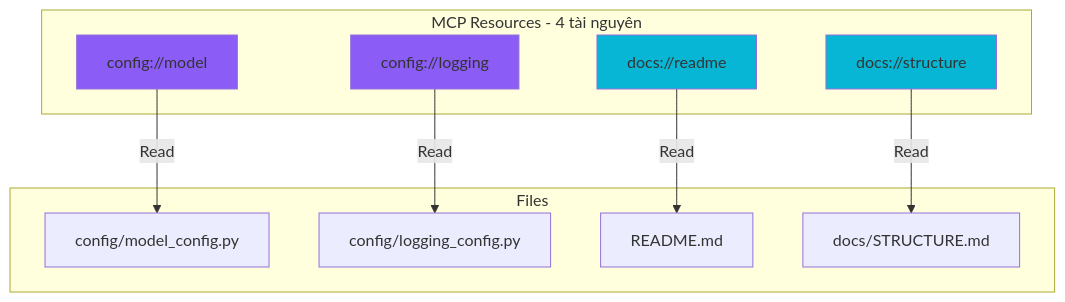
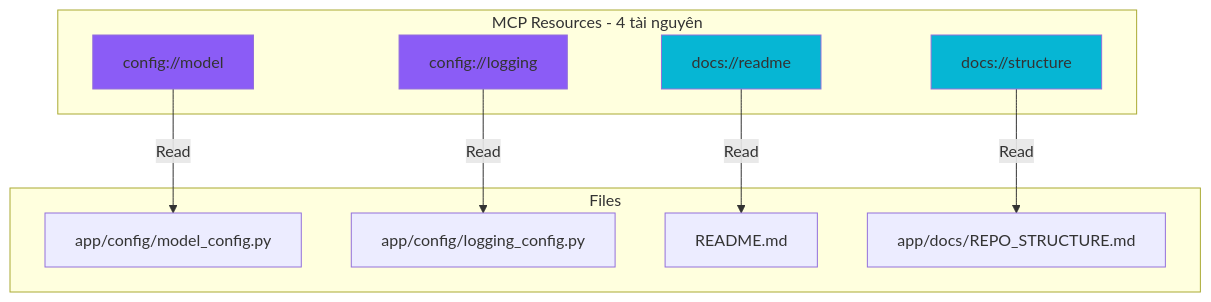
One commit to SkastVnT/AI-Assistant changed the fourth of 10 diagrams in services/mcp-server/docs/DIAGRAMS.md. Above: the diagram before and after it, drawn with Mermaid. The commit also changed 713 other files, not shown here.

````diff
--- a/services/mcp-server/docs/DIAGRAMS.md
+++ b/services/mcp-server/docs/DIAGRAMS.md
@@ -142,26 +142,26 @@
 ```mermaid
 graph TD
     subgraph "MCP Resources - 4 tài nguyên"
         R1[config://model]
         R2[config://logging]
         R3[docs://readme]
         R4[docs://structure]
     end
     
     subgraph "Files"
-        F1[config/model_config.py]
-        F2[config/logging_config.py]
+        F1[app/config/model_config.py]
+        F2[app/config/logging_config.py]
         F3[README.md]
-        F4[docs/STRUCTURE.md]
+        F4[app/docs/REPO_STRUCTURE.md]
     end
     
     R1 -->|Read| F1
     R2 -->|Read| F2
     R3 -->|Read| F3
     R4 -->|Read| F4
     
     style R1 fill:#8B5CF6
     style R2 fill:#8B5CF6
     style R3 fill:#06B6D4
     style R4 fill:#06B6D4
 ```
````
